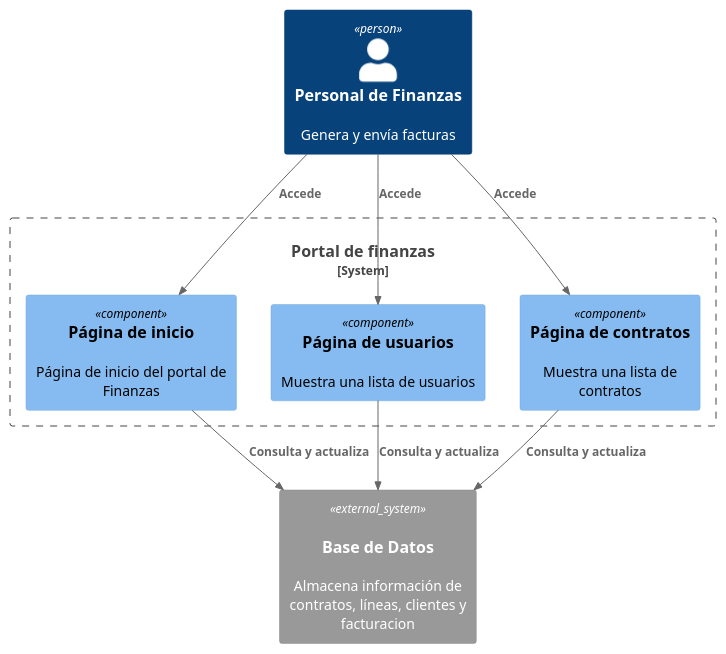
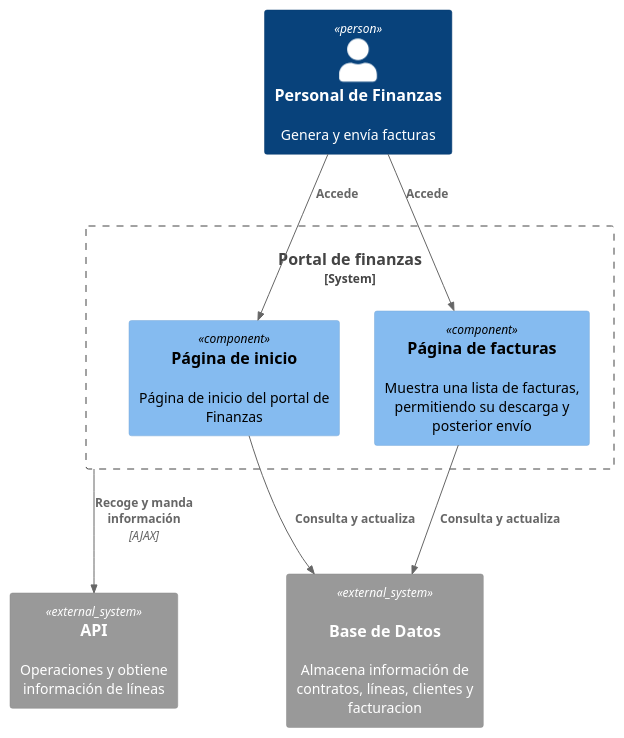
One commit to davidbp10/iw2023-2024-MovilUCA changed the diagram in docs/diagrams/PFinanzasComponentDiagram.puml. Above: the diagram before and after it, drawn with PlantUML. The commit also changed 19 other files, not shown here.

Commit message:
Mejora de los diagramas C4

```diff
--- a/docs/diagrams/PFinanzasComponentDiagram.puml
+++ b/docs/diagrams/PFinanzasComponentDiagram.puml
@@ -1,26 +1,28 @@
 @startuml PFinanzasComponentDiagram
 !include https://raw.githubusercontent.com/plantuml-stdlib/C4-PlantUML/master/C4_Component.puml
 
 
 Person(f, "Personal de Finanzas", "Genera y envía facturas")
 
 System_Boundary(pf, "Portal de finanzas", , "Genera y envía facturas") {
 
     Component( pi, "Página de inicio", , "Página de inicio del portal de Finanzas")
-    Component( pu, "Página de usuarios", , "Muestra una lista de usuarios")
-    Component( pc, "Página de contratos", , "Muestra una lista de contratos")
+    Component( pfa, "Página de facturas", , "Muestra una lista de facturas, permitiendo su descarga y posterior envío")
+
 }
 
 System_Ext(bd, "Base de Datos", "Almacena información de contratos, líneas, clientes y facturacion", "MySQL")
+System_Ext(api, "API", "Operaciones y obtiene información de líneas")
 
 
 Rel(f,pi,"Accede")
-Rel(f,pu,"Accede")
-Rel(f,pc,"Accede")
+Rel(f,pfa,"Accede")
+
+Rel(pf,api,"Recoge y manda información","AJAX")
 
 Rel(pi, bd, "Consulta y actualiza")
-Rel(pu, bd, "Consulta y actualiza")
-Rel(pc, bd, "Consulta y actualiza")
+Rel(pfa, bd, "Consulta y actualiza")
+
 
 
 @enduml
```
